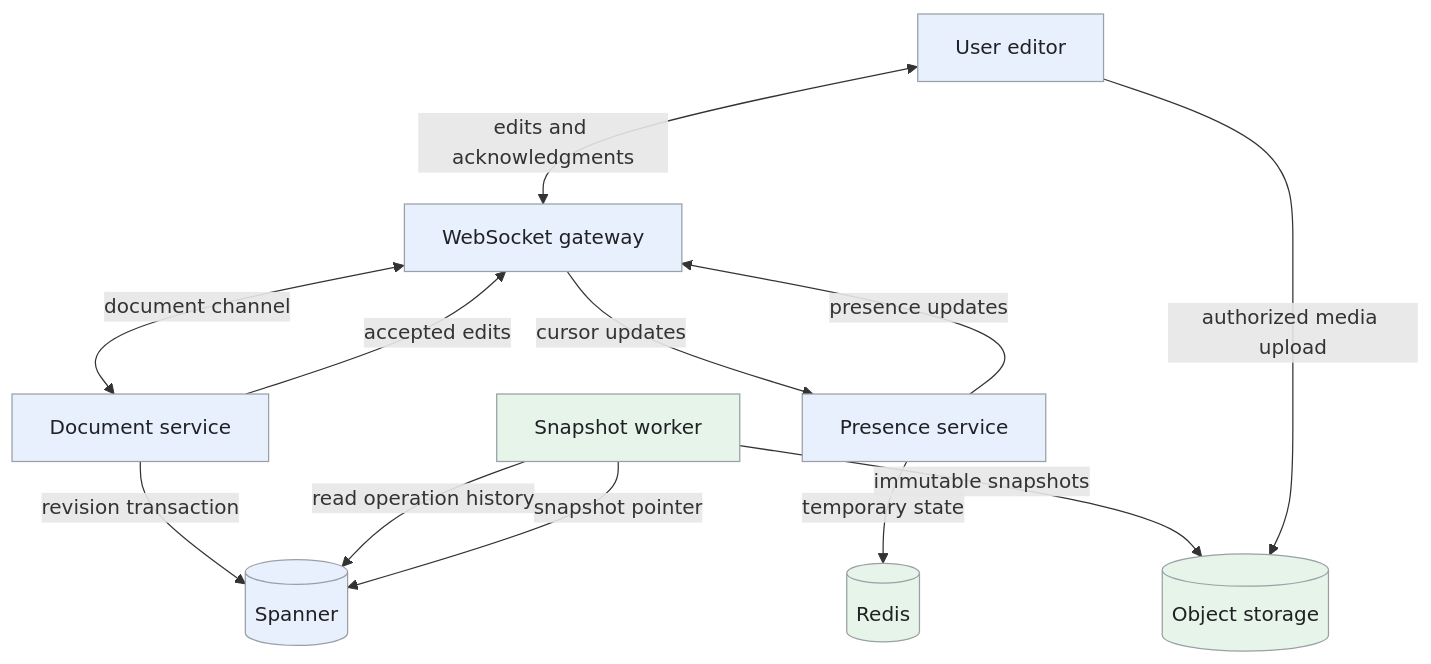
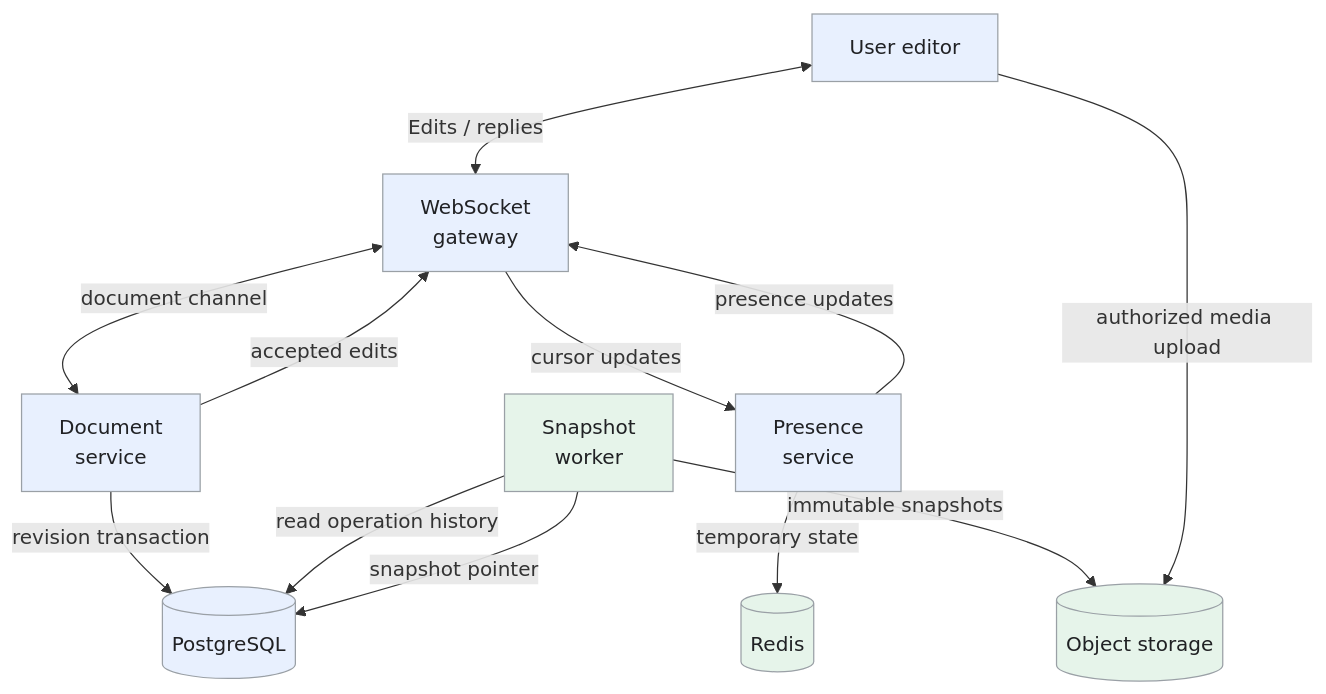
Before and after one commit to iliazlobin/iliazlobin.github.io: the first of 5 diagrams in _designs/system-design-google-docs.md, drawn with Mermaid. The commit also changed other lines of this file and 116 other files, not shown here.

````diff
--- a/_designs/system-design-google-docs.md
+++ b/_designs/system-design-google-docs.md
@@ -136,19 +136,19 @@
 ```mermaid
 flowchart TB
-  U[User editor] <-->|edits and acknowledgments| G[WebSocket gateway]
-  G <-->|document channel| E[Document service]
-  G -->|cursor updates| P[Presence service]
-  E -->|revision transaction| D[(Spanner)]
+  U[User editor] <-->|Edits / replies| G["WebSocket<br>gateway"]
+  G <-->|document channel| E["Document<br>service"]
+  G -->|cursor updates| P["Presence<br>service"]
+  E -->|revision transaction| D[(PostgreSQL)]
   E -->|accepted edits| G
-  S[Snapshot worker] -->|read operation history| D
+  S["Snapshot<br>worker"] -->|read operation history| D
   S -->|immutable snapshots| O[(Object storage)]
   S -->|snapshot pointer| D
   U -->|authorized media upload| O
   P -->|temporary state| R[(Redis)]
   P -->|presence updates| G
   classDef request fill:#e8f0fe,stroke:#9aa0a6,color:#202124,stroke-width:1px
   classDef background fill:#e6f4ea,stroke:#9aa0a6,color:#202124,stroke-width:1px
   classDef control fill:#fef7e0,stroke:#9aa0a6,color:#202124,stroke-width:1px
   class U,G,E,P,D request
   class S,O,R background
 ```
````
